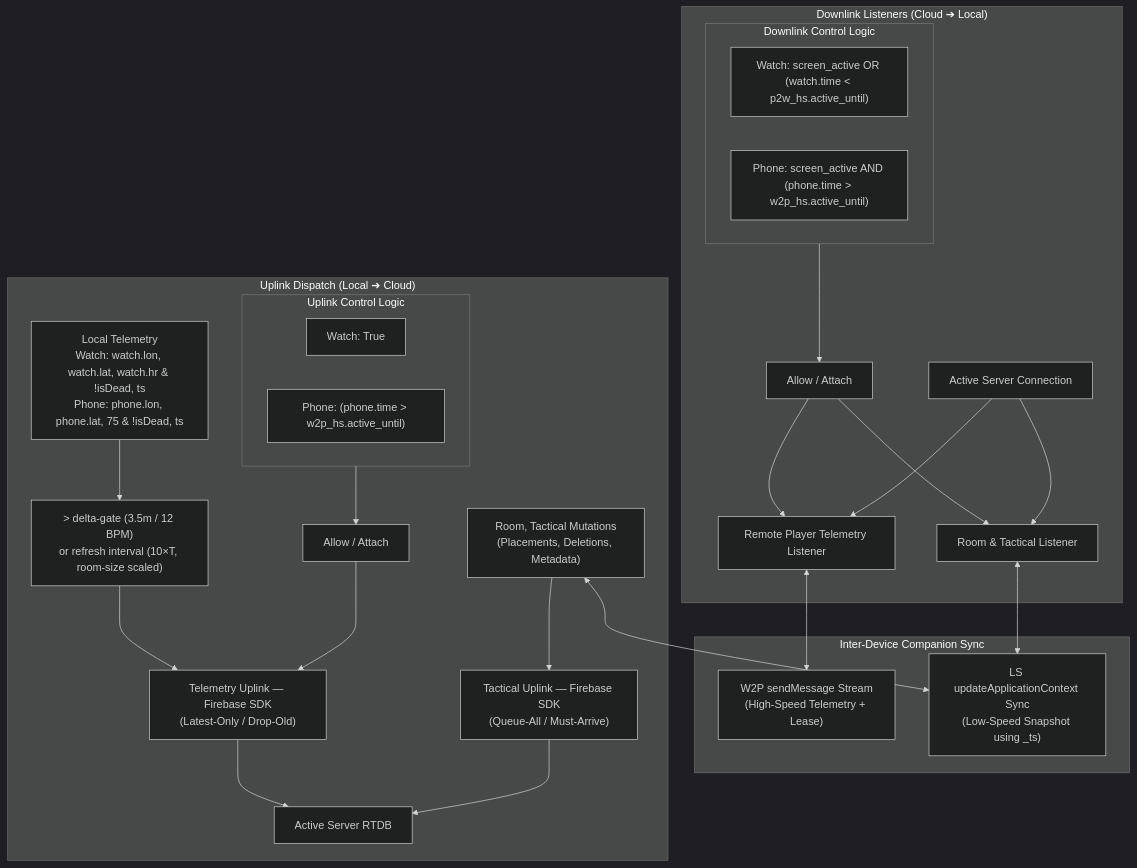
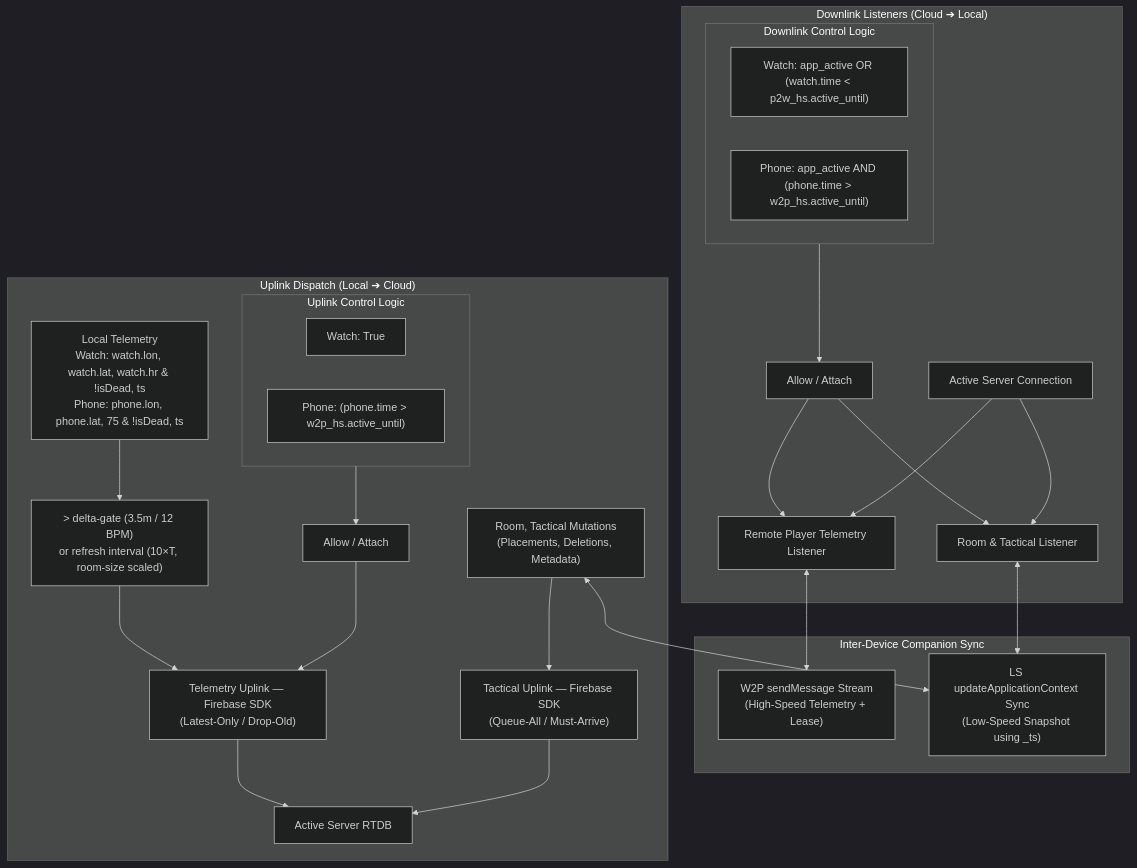
The diagram in docs/CLOUD_DATA_MANAGEMENT.md (cruiser0002/RadarMap), drawn with Mermaid (dark theme) before and after one commit. The commit also changed other lines of this file and 125 other files, not shown here.

````diff
--- a/docs/CLOUD_DATA_MANAGEMENT.md
+++ b/docs/CLOUD_DATA_MANAGEMENT.md
@@ -44,55 +44,55 @@
 ```mermaid
 flowchart TD
     subgraph Downlink ["Downlink Listeners (Cloud ➔ Local)"]
         subgraph DownlinkGating ["Downlink Control Logic"]
-            D_Watch["Watch: screen_active OR (watch.time < p2w_hs.active_until)"]
-            D_Phone["Phone: screen_active AND (phone.time > w2p_hs.active_until)"]
+            D_Watch["Watch: app_active OR (watch.time < p2w_hs.active_until)"]
+            D_Phone["Phone: app_active AND (phone.time > w2p_hs.active_until)"]
         end
         D_Allow["Allow / Attach"]
         L_Tel["Remote Player Telemetry Listener"]
         L_Tac["Room & Tactical Listener"]
         Server_Down["Active Server Connection"]
 
         DownlinkGating --> D_Allow
         D_Allow --> L_Tel
         D_Allow --> L_Tac
         Server_Down --> L_Tel
         Server_Down --> L_Tac
     end
 
     subgraph Companion ["Inter-Device Companion Sync"]
         W2P_HS["W2P sendMessage Stream<br>(High-Speed Telemetry + Lease)"]
         LS_Sync["LS updateApplicationContext Sync<br>(Low-Speed Snapshot using _ts)"]
     end
 
     subgraph Uplink ["Uplink Dispatch (Local ➔ Cloud)"]
         subgraph UplinkGating ["Uplink Control Logic"]
             U_Watch["Watch: True"]
             U_Phone["Phone: (phone.time > w2p_hs.active_until)"]
         end
         U_Allow["Allow / Attach"]
 
         Local_Tel["Local Telemetry<br>Watch: watch.lon, watch.lat, watch.hr & !isDead, ts<br>Phone: phone.lon, phone.lat, 75 & !isDead, ts"]
         Delta_Gate["> delta-gate (3.5m / 12 BPM)<br>or refresh interval (10×T, room-size scaled)"]
         Uplink_Tel["Telemetry Uplink — Firebase SDK<br>(Latest-Only / Drop-Old)"]
 
         Local_Tac["Room, Tactical Mutations<br>(Placements, Deletions, Metadata)"]
         Uplink_Tac["Tactical Uplink — Firebase SDK<br>(Queue-All / Must-Arrive)"]
 
         Server_Up["Active Server RTDB"]
 
         Local_Tel --> Delta_Gate
         Delta_Gate --> Uplink_Tel
         UplinkGating --> U_Allow
         U_Allow --> Uplink_Tel
 
         Local_Tac --> Uplink_Tac
 
         Uplink_Tel --> Server_Up
         Uplink_Tac --> Server_Up
     end
 
     L_Tel <--> W2P_HS
     L_Tac <--> LS_Sync
     Local_Tac <--> LS_Sync
 ```
````
